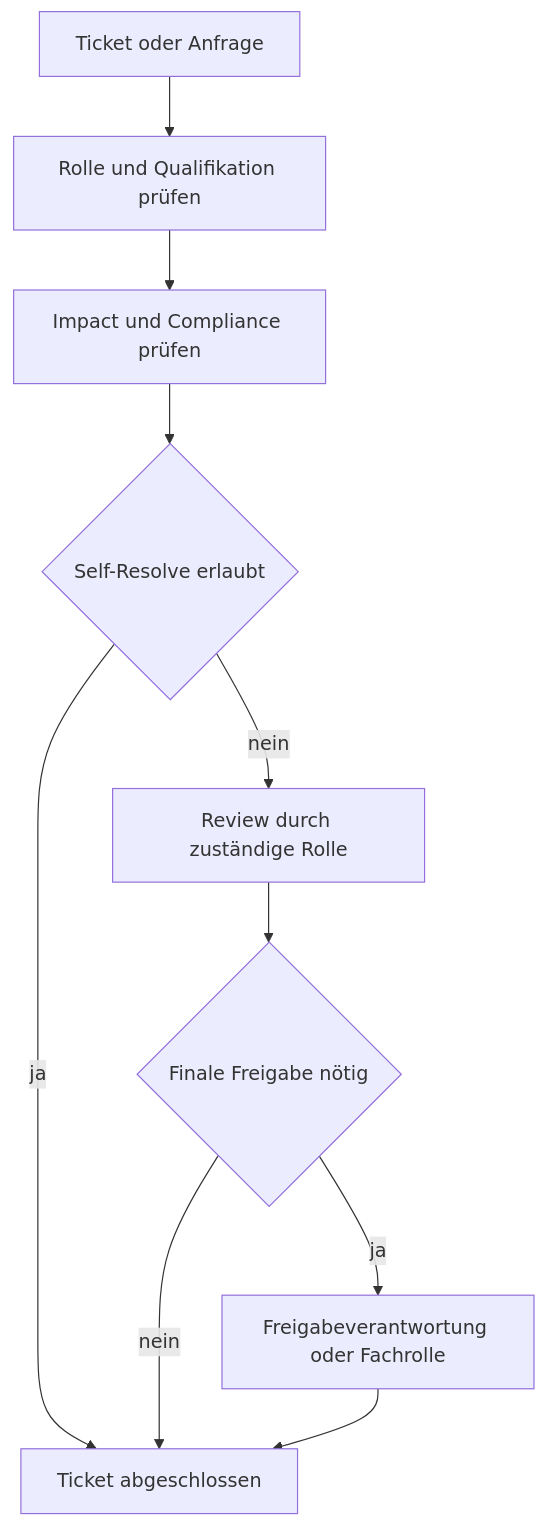
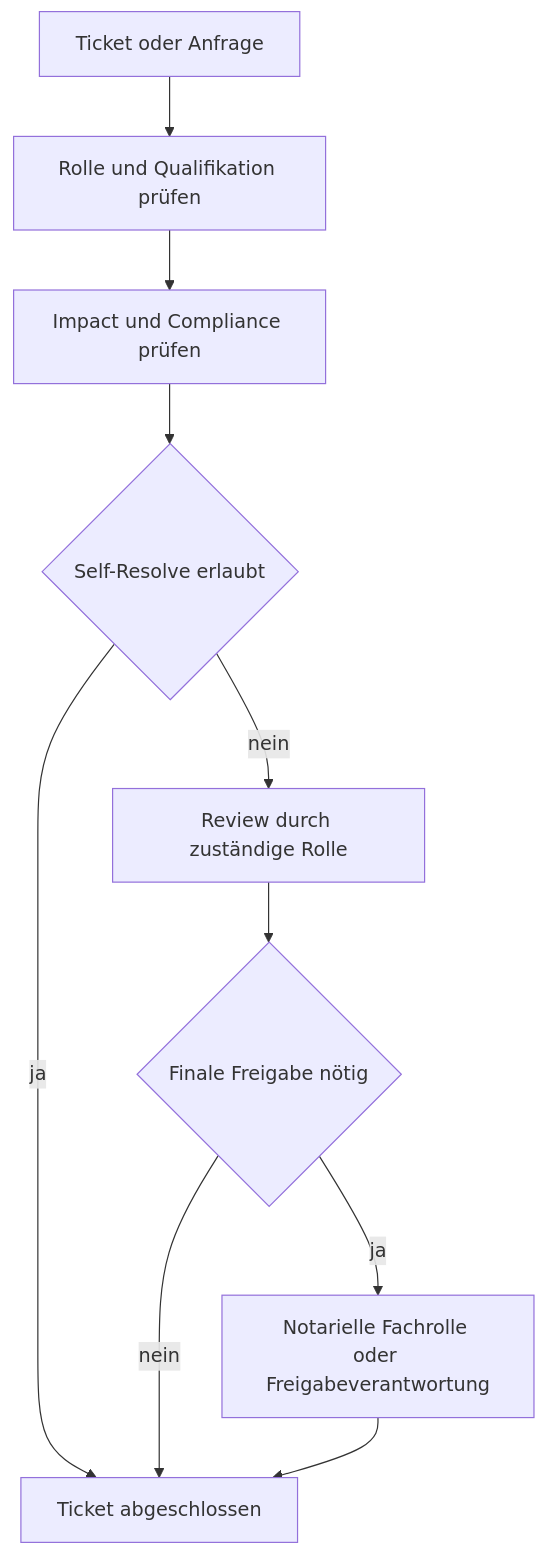
One commit to notariat8/NaC changed the diagram in docs/de/role-model.md. Above: the diagram before and after it, drawn with Mermaid. The commit also changed other lines of this file and 175 other files, not shown here.

````diff
--- a/docs/de/role-model.md
+++ b/docs/de/role-model.md
@@ -53,12 +59,12 @@
 ```mermaid
 flowchart TD
     Event[Ticket oder Anfrage] --> RoleCheck[Rolle und Qualifikation prüfen]
     RoleCheck --> ImpactCheck[Impact und Compliance prüfen]
     ImpactCheck --> SelfResolve{Self-Resolve erlaubt}
     SelfResolve -->|ja| Done[Ticket abgeschlossen]
     SelfResolve -->|nein| Review[Review durch zuständige Rolle]
     Review --> Approval{Finale Freigabe nötig}
-    Approval -->|ja| Approver[Freigabeverantwortung oder Fachrolle]
+    Approval -->|ja| Approver[Notarielle Fachrolle oder Freigabeverantwortung]
     Approval -->|nein| Done
     Approver --> Done
 ```
````
